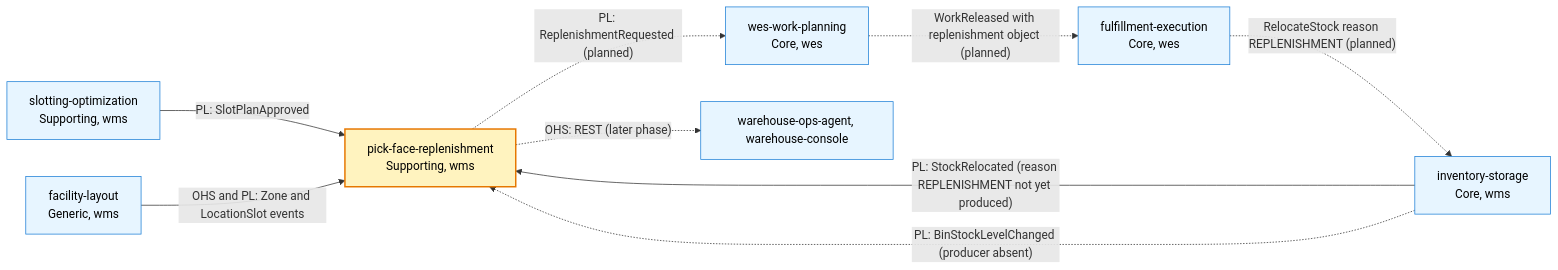
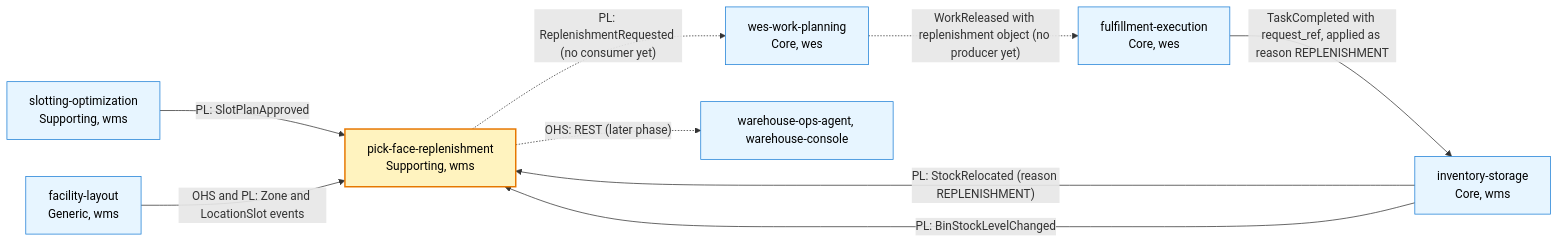
The diagram in docs/contexts/pick-face-replenishment/context-map.md (IQVO/warehouse-docs), drawn with Mermaid before and after one commit. The commit also changed other lines of this file and 41 other files, not shown here.

````diff
--- a/docs/contexts/pick-face-replenishment/context-map.md
+++ b/docs/contexts/pick-face-replenishment/context-map.md
@@ -18,20 +20,20 @@
 ```mermaid
 flowchart LR
     classDef self fill:#fff3bf,stroke:#e67700,stroke-width:2px,color:#000
     classDef ctx fill:#e7f5ff,stroke:#1c7ed6,color:#000
     PFR["pick-face-replenishment<br/>Supporting, wms"]:::self
     INV["inventory-storage<br/>Core, wms"]:::ctx
     SLOT["slotting-optimization<br/>Supporting, wms"]:::ctx
     LAY["facility-layout<br/>Generic, wms"]:::ctx
     WP["wes-work-planning<br/>Core, wes"]:::ctx
     FE["fulfillment-execution<br/>Core, wes"]:::ctx
     OPS["warehouse-ops-agent, warehouse-console"]:::ctx
-    INV -->|"PL: StockRelocated (reason REPLENISHMENT not yet produced)"| PFR
-    INV -.->|"PL: BinStockLevelChanged (producer absent)"| PFR
+    INV -->|"PL: StockRelocated (reason REPLENISHMENT)"| PFR
+    INV -->|"PL: BinStockLevelChanged"| PFR
     SLOT -->|"PL: SlotPlanApproved"| PFR
     LAY -->|"OHS and PL: Zone and LocationSlot events"| PFR
-    PFR -.->|"PL: ReplenishmentRequested (planned)"| WP
-    WP -.->|"WorkReleased with replenishment object (planned)"| FE
-    FE -.->|"RelocateStock reason REPLENISHMENT (planned)"| INV
+    PFR -.->|"PL: ReplenishmentRequested (no consumer yet)"| WP
+    WP -.->|"WorkReleased with replenishment object (no producer yet)"| FE
+    FE -->|"TaskCompleted with request_ref, applied as reason REPLENISHMENT"| INV
     PFR -.->|"OHS: REST (later phase)"| OPS
 ```
````
